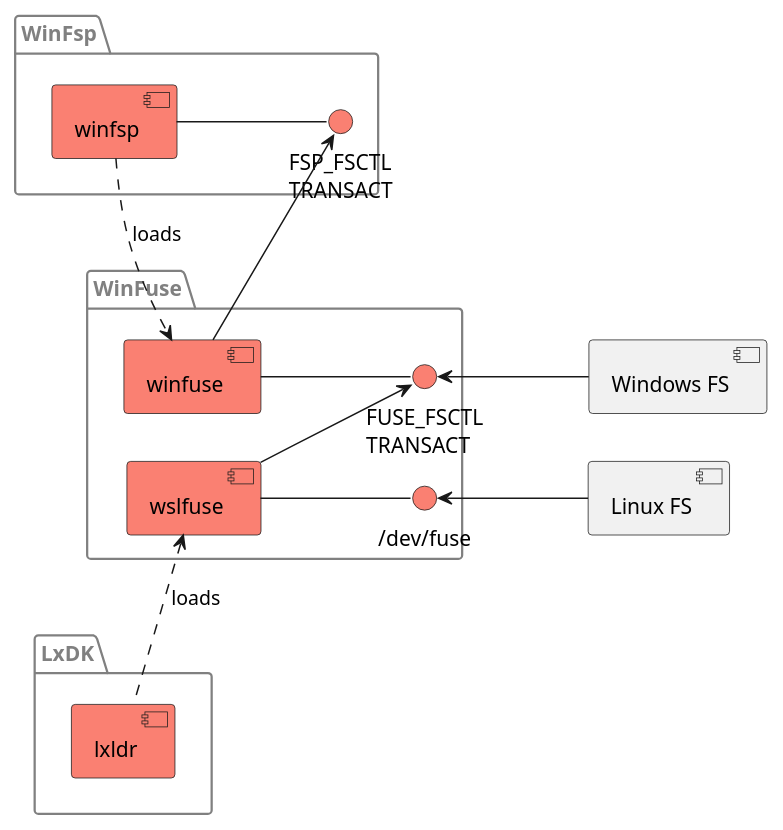
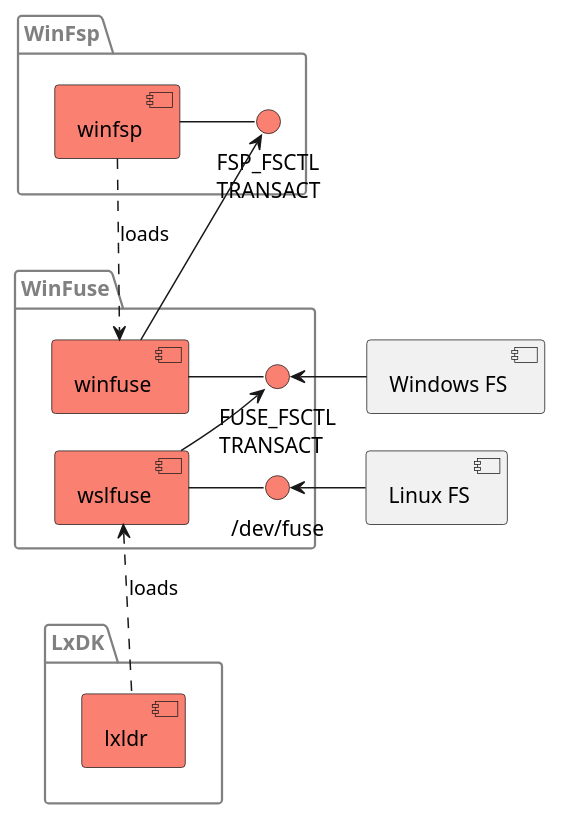
One commit to billziss-gh/winfuse changed the diagram in doc/component.puml. Above: the diagram before and after it, drawn with PlantUML. The commit also changed 1 other file, not shown here.

Commit message:
doc: update component diagram

```diff
--- a/doc/component.puml
+++ b/doc/component.puml
@@ -1,55 +1,57 @@
 skinparam componentStyle uml2
-skinparam nodesep 100
-skinparam ranksep 30
+skinparam nodesep 50
+skinparam ranksep 10
 skinparam package {
     fontcolor grey
     borderColor grey
     shadowing false
 }
 
-package WinFsp {
-    together {
-        component winfsp #Salmon
-        interface "FSP_FSCTL\nTRANSACT" as FSP_FSCTL_TRANSACT #Salmon
-        winfsp -right- FSP_FSCTL_TRANSACT
+together {
+    package WinFsp {
+        together {
+            component winfsp #Salmon
+            interface "FSP_FSCTL\nTRANSACT" as FSP_FSCTL_TRANSACT #Salmon
+            winfsp -right- FSP_FSCTL_TRANSACT
+        }
     }
+
+    package WinFuse {
+        together {
+            component winfuse #Salmon
+            interface "FUSE_FSCTL\nTRANSACT" as FUSE_FSCTL_TRANSACT #Salmon
+            winfuse -right- FUSE_FSCTL_TRANSACT
+            component wslfuse #Salmon
+            interface "/dev/fuse" as devfuse #Salmon
+            wslfuse -right- devfuse
+
+            winfuse -[hidden]- wslfuse
+            FUSE_FSCTL_TRANSACT -[hidden]- devfuse
+        }
+    }
+
+    package LxDK {
+        together {
+            component lxldr #Salmon
+        }
+    }
+
+    winfsp -[hidden]- winfuse
+    wslfuse -[hidden]- lxldr
+    FSP_FSCTL_TRANSACT -[hidden]- FUSE_FSCTL_TRANSACT
+
+    winfuse -up-> FSP_FSCTL_TRANSACT
+    wslfuse -up-> FUSE_FSCTL_TRANSACT
+
+    winfsp .down.> winfuse: loads
+    lxldr .up.> wslfuse: loads
 }
-
-package WinFuse {
-    together {
-        component winfuse #Salmon
-        interface "FUSE_FSCTL\nTRANSACT" as FUSE_FSCTL_TRANSACT #Salmon
-        winfuse -right- FUSE_FSCTL_TRANSACT
-        component wslfuse #Salmon
-        interface "/dev/fuse" as devfuse #Salmon
-        wslfuse -right- devfuse
-
-        winfuse -[hidden]- wslfuse
-        FUSE_FSCTL_TRANSACT -[hidden]- devfuse
-    }
-}
-
-package LxDK {
-    together {
-        component lxldr #Salmon
-    }
-}
-
-winfsp -[hidden]- winfuse
-wslfuse -[hidden]- lxldr
-FSP_FSCTL_TRANSACT -[hidden]- FUSE_FSCTL_TRANSACT
-
-winfuse -up-> FSP_FSCTL_TRANSACT
-wslfuse -up-> FUSE_FSCTL_TRANSACT
-
-winfsp .down.> winfuse: loads
-lxldr .up.> wslfuse: loads
 
 component "Windows FS" as winfs
 component "Linux FS" as wslfs
 winfs -[hidden]- wslfs
 winfuse -[hidden] winfs
 wslfuse -[hidden] wslfs
 
 winfs -left-> FUSE_FSCTL_TRANSACT
 wslfs -left-> devfuse
```
